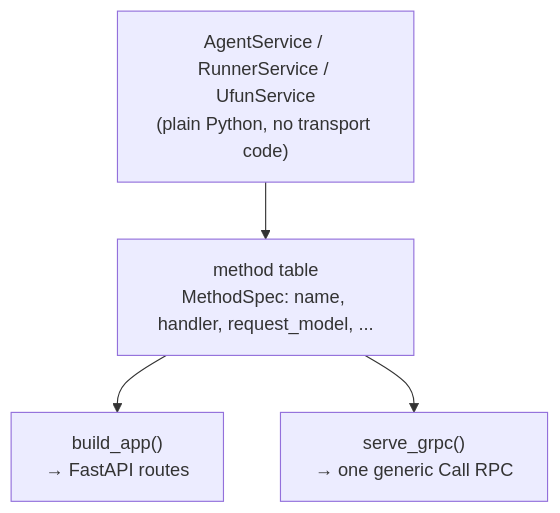
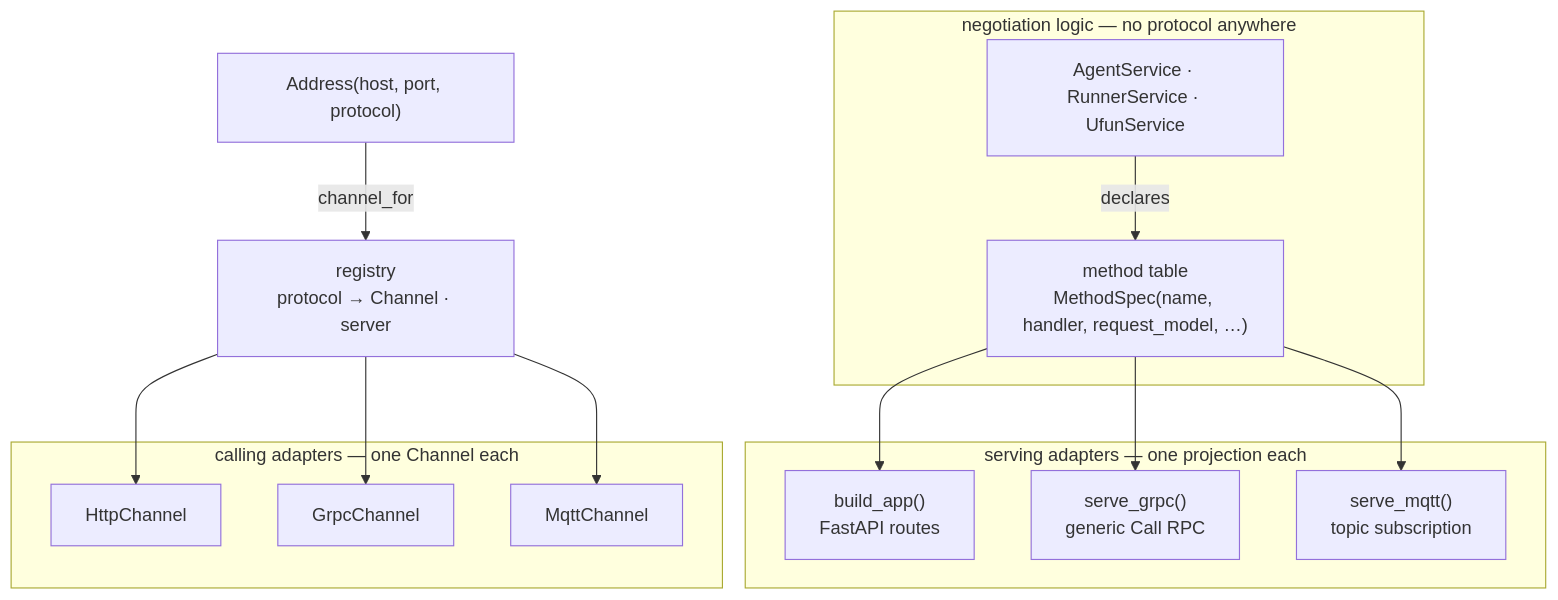
Before and after one commit to yasserfarouk/negmasd: the diagram in docs/transports.md, drawn with Mermaid. The commit also changed other lines of this file and 9 other files, not shown here.

````diff
--- a/docs/transports.md
+++ b/docs/transports.md
@@ -20,10 +23,28 @@
 ```mermaid
 flowchart TD
-    S["AgentService / RunnerService / UfunService<br/>(plain Python, no transport code)"]
-    T["method table<br/>MethodSpec: name, handler, request_model, ..."]
-    H["build_app()<br/>→ FastAPI routes"]
-    G["serve_grpc()<br/>→ one generic Call RPC"]
-    S --> T
-    T --> H
-    T --> G
+    subgraph logic["negotiation logic — no protocol anywhere"]
+      S["AgentService · RunnerService · UfunService"]
+      T["method table<br/>MethodSpec(name, handler, request_model, …)"]
+      S -->|declares| T
+    end
+
+    subgraph serving["serving adapters — one projection each"]
+      H1["build_app()<br/>FastAPI routes"]
+      G1["serve_grpc()<br/>generic Call RPC"]
+      M1["serve_mqtt()<br/>topic subscription"]
+    end
+
+    subgraph calling["calling adapters — one Channel each"]
+      H2["HttpChannel"]
+      G2["GrpcChannel"]
+      M2["MqttChannel"]
+    end
+
+    T --> H1
+    T --> G1
+    T --> M1
+    R["registry<br/>protocol → Channel · server"] --> H2
+    R --> G2
+    R --> M2
+    A["Address(host, port, protocol)"] -->|channel_for| R
 ```
````
